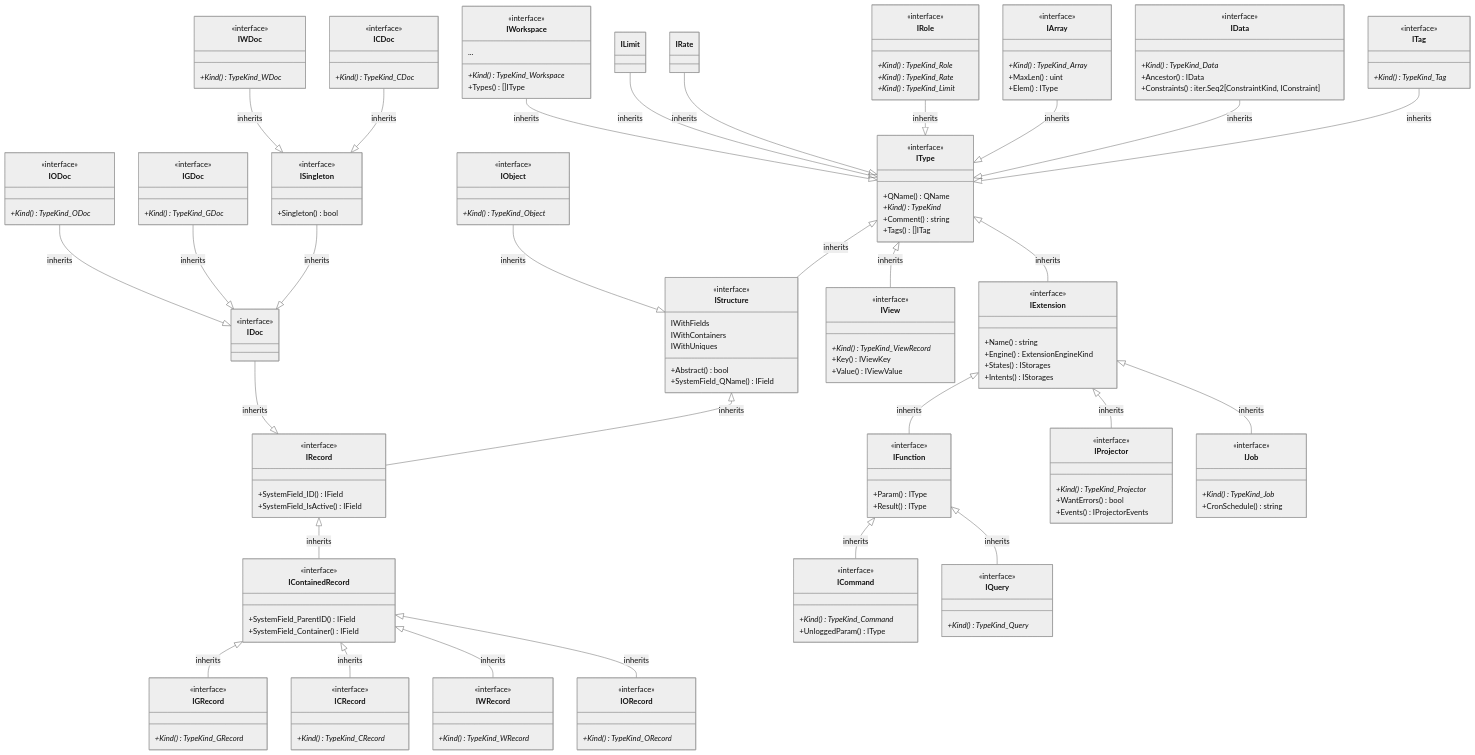
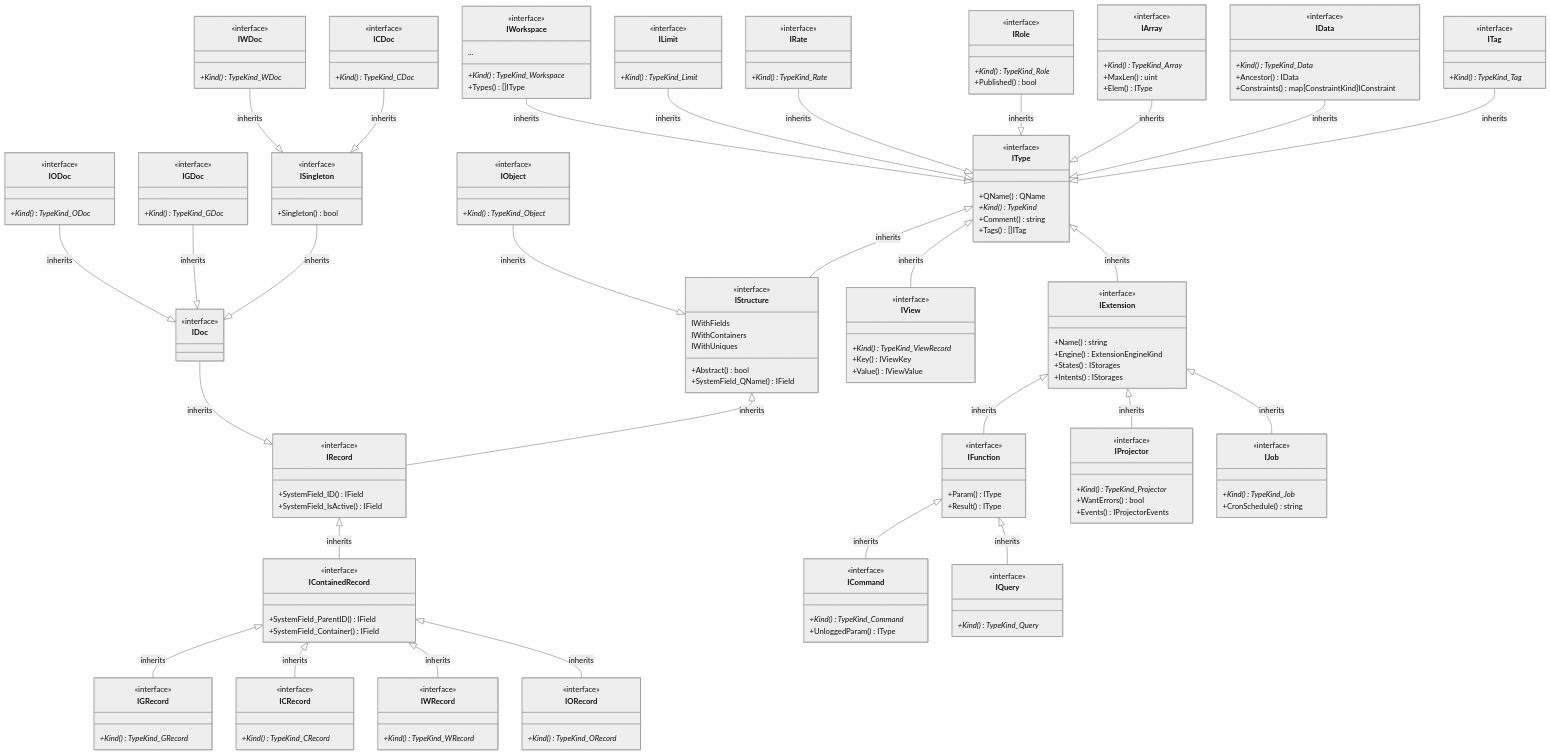
The first of 9 diagrams in pkg/appdef/README.md (voedger/voedger), drawn with Mermaid (neutral theme) before and after one commit. The commit also changed other lines of this file and 6 other files, not shown here.

Commit message:
Add published role functionality to IRole and related structures

```diff
--- a/pkg/appdef/README.md
+++ b/pkg/appdef/README.md
@@ -27,7 +27,7 @@
         <<interface>>
         +Kind()* TypeKind_Data
         +Ancestor() IData
-        +Constraints() iter.Seq2[ConstraintKind, IConstraint]
+        +Constraints() map[ConstraintKind]IConstraint
     }
 
     IArray --|> IType : inherits
@@ -183,16 +183,17 @@
     class IRole {
         <<interface>>
         +Kind()* TypeKind_Role
+        +Published() bool
     }
 
     IRate --|> IType : inherits
-    class IRole {
+    class IRate {
         <<interface>>
         +Kind()* TypeKind_Rate
     }
 
     ILimit --|> IType : inherits
-    class IRole {
+    class ILimit {
         <<interface>>
         +Kind()* TypeKind_Limit
     }
```
